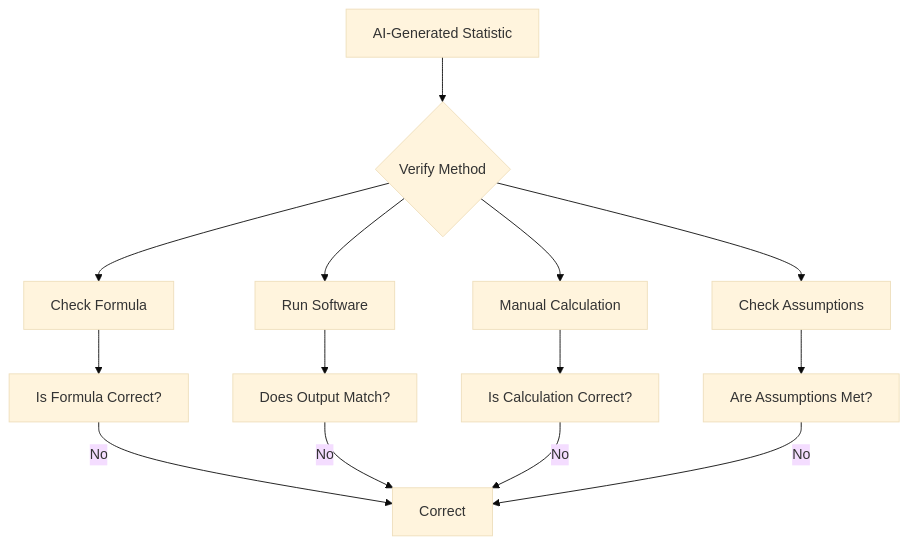
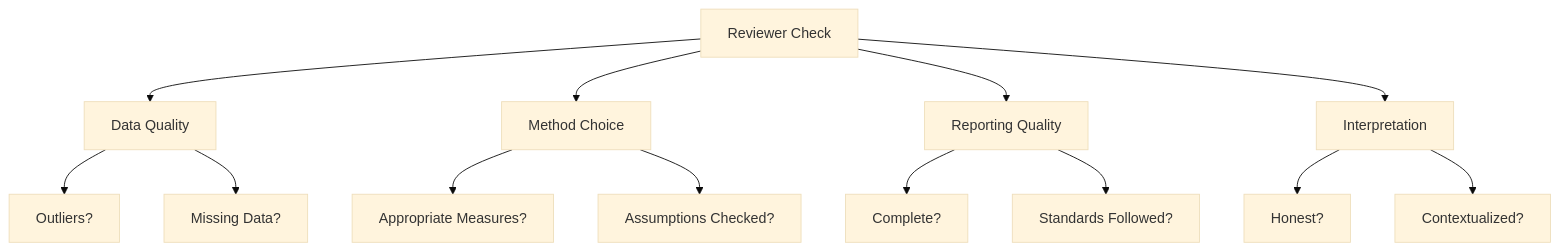
Diagram 11 of 11 in 01-descriptive-statistics.md (muhammadsalek/statistics-for-scientists), drawn with Mermaid (base theme) before and after one commit. The commit also changed other lines of this file, not shown here.

````diff
--- a/01-descriptive-statistics.md
+++ b/01-descriptive-statistics.md
@@ -1921,16 +980,19 @@
 ```mermaid
-flowchart TD
-    A[AI-Generated Statistic] --> B{Verify Method}
-    B --> C[Check Formula]
-    B --> D[Run Software]
-    B --> E[Manual Calculation]
-    B --> F[Check Assumptions]
-    C --> G[Is Formula Correct?]
-    D --> H[Does Output Match?]
-    E --> I[Is Calculation Correct?]
-    F --> J[Are Assumptions Met?]
-    G -->|No| K[Correct]
-    H -->|No| K
-    I -->|No| K
-    J -->|No| K
+graph TD
+    R[Reviewer Check] --> D[Data Quality]
+    R --> M[Method Choice]
+    R --> R1[Reporting Quality]
+    R --> I[Interpretation]
+    
+    D --> D1[Outliers?]
+    D --> D2[Missing Data?]
+    
+    M --> M1[Appropriate Measures?]
+    M --> M2[Assumptions Checked?]
+    
+    R1 --> R1a[Complete?]
+    R1 --> R1b[Standards Followed?]
+    
+    I --> I1[Honest?]
+    I --> I2[Contextualized?]
 ```
````
